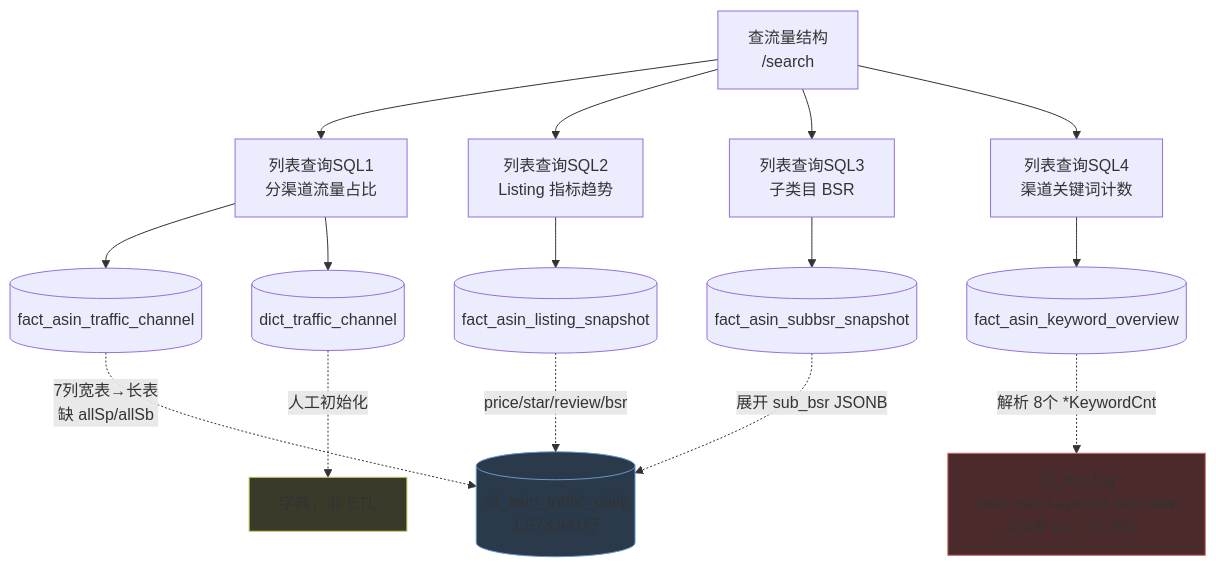
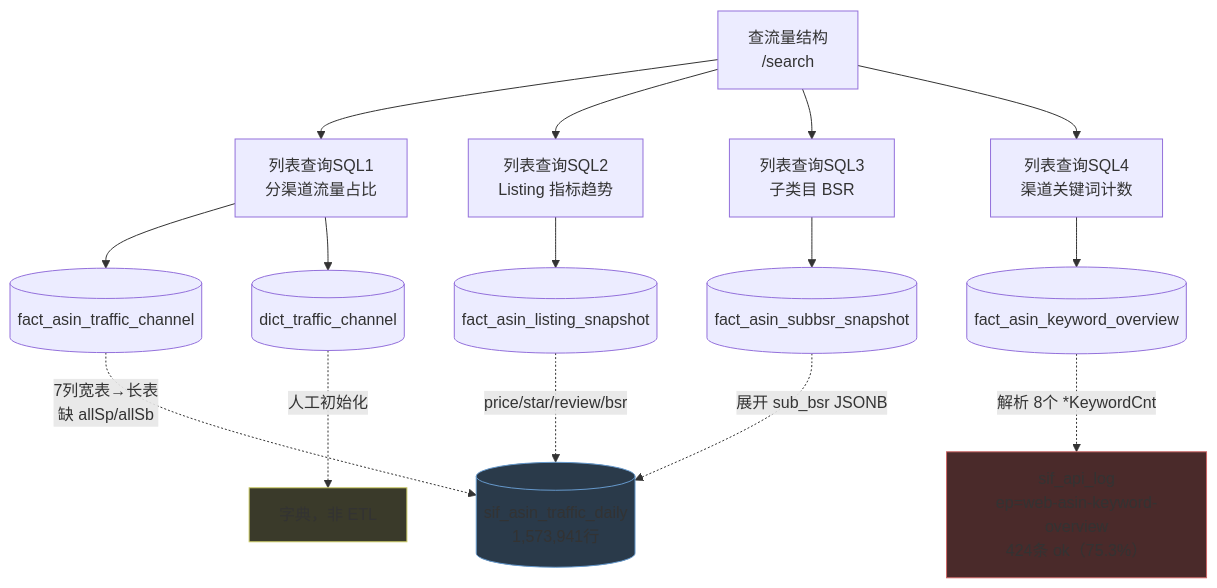
One commit to xiangge1208/looom changed the fifth of 11 diagrams in docs/MODULE_DATA_FLOW.md. Above: the diagram before and after it, drawn with Mermaid. The commit also changed other lines of this file and 68 other files, not shown here.

````diff
--- a/docs/MODULE_DATA_FLOW.md
+++ b/docs/MODULE_DATA_FLOW.md
@@ -460,26 +502,26 @@
 ```mermaid
 flowchart TD
     P["查流量结构<br/>/search"]
 
     P --> S1["列表查询SQL1<br/>分渠道流量占比"]
     P --> S2["列表查询SQL2<br/>Listing 指标趋势"]
     P --> S3["列表查询SQL3<br/>子类目 BSR"]
     P --> S4["列表查询SQL4<br/>渠道关键词计数"]
 
     S1 --> T1[("fact_asin_traffic_channel")]
     S1 --> T2[("dict_traffic_channel")]
     S2 --> T3[("fact_asin_listing_snapshot")]
     S3 --> T4[("fact_asin_subbsr_snapshot")]
     S4 --> T5[("fact_asin_keyword_overview")]
 
     %% ---------- PG 源层 ----------
     T1 -.->|"7列宽表→长表<br/>缺 allSp/allSb"| G1[("sif_asin_traffic_daily<br/>1,573,941行")]
     T2 -.->|"人工初始化"| GD["字典，非 ETL"]
     T3 -.->|"price/star/review/bsr"| G1
     T4 -.->|"展开 sub_bsr JSONB"| G1
-    T5 -.->|"解析 8个 *KeywordCnt"| G2["sif_api_log<br/>web-asin-keyword-overview<br/>424条 ok（75.3%）"]
+    T5 -.->|"解析 8个 *KeywordCnt"| G2["sif_api_log<br/>ep=web-asin-keyword-overview<br/>424条 ok（75.3%）"]
 
     style G1 fill:#2a3a4a,stroke:#69c
     style G2 fill:#4a2a2a,stroke:#c66
     style GD fill:#3a3a2a,stroke:#cc6
 ```
````
